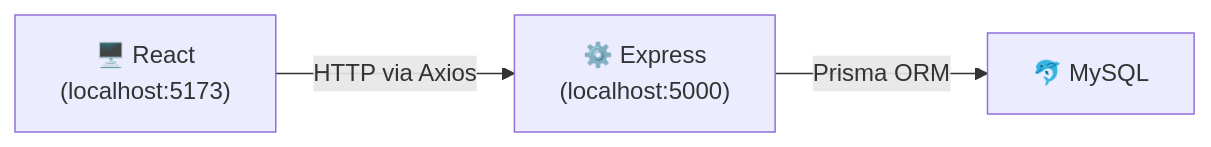
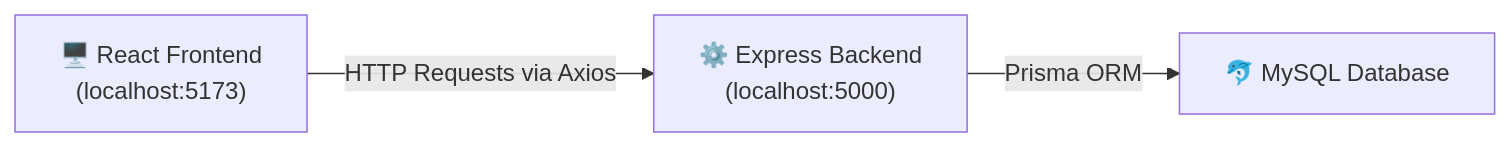
The second of 10 diagrams in frontend/README.md (Nimsika-Bosilu/designHer_2.0-Student-Attendance-Management-System), drawn with Mermaid before and after one commit. The commit also changed other lines of this file, not shown here.

Commit message:
docs: add comprehensive frontend setup guide and API integration documentation

````diff
--- a/frontend/README.md
+++ b/frontend/README.md
@@ -24,5 +27,5 @@
 ```mermaid
 flowchart LR
-    A["🖥️ React\n(localhost:5173)"] -->|"HTTP via Axios"| B["⚙️ Express\n(localhost:5000)"]
-    B -->|"Prisma ORM"| C["🐬 MySQL"]
+    A["🖥️ React Frontend\n(localhost:5173)"] -->|"HTTP Requests via Axios"| B["⚙️ Express Backend\n(localhost:5000)"]
+    B -->|"Prisma ORM"| C["🐬 MySQL Database"]
 ```
````
